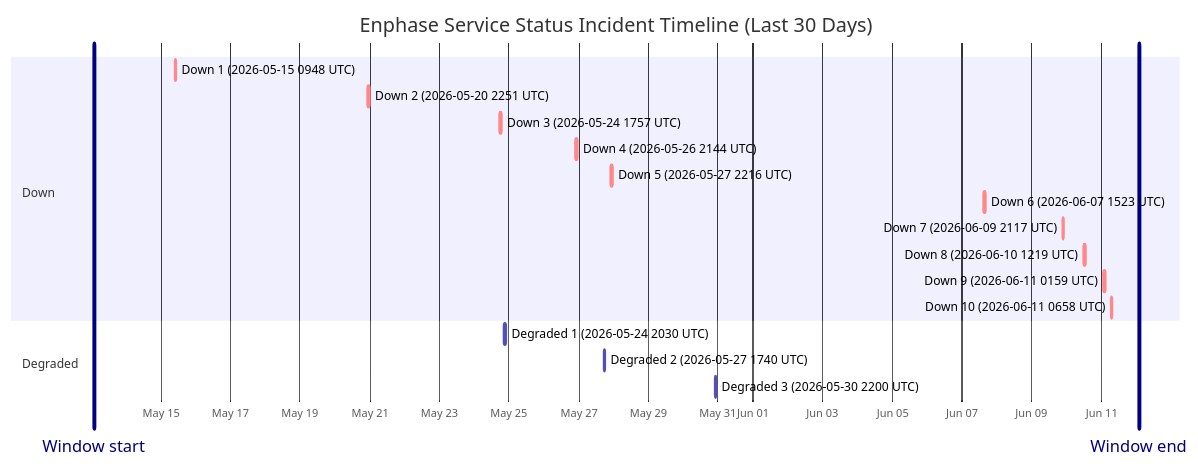
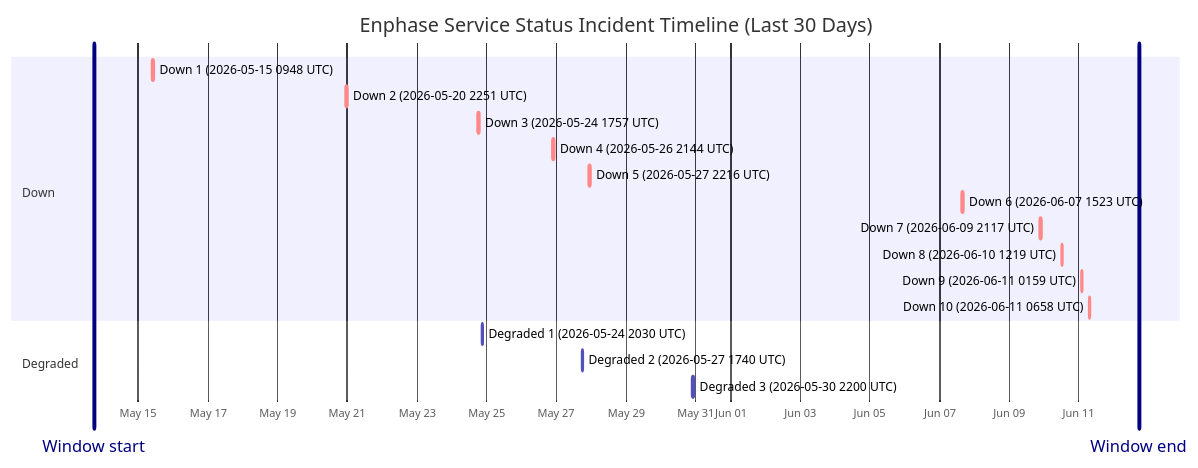
The diagram in wiki/Service-Status-History.md (barneyonline/ha-enphase-energy), drawn with Mermaid before and after one commit. The commit also changed other lines of this file and 3 other files, not shown here.

````diff
--- a/wiki/Service-Status-History.md
+++ b/wiki/Service-Status-History.md
@@ -14,23 +14,23 @@
 ```mermaid
 gantt
     title Enphase Service Status Incident Timeline (Last 30 Days)
     dateFormat  YYYY-MM-DDTHH:mm:ss
     axisFormat  %b %d
-    Window start :vert, window-start, 2026-05-13T01:55:31, 0ms
-    Window end :vert, window-end, 2026-06-12T01:55:31, 0ms
+    Window start :vert, window-start, 2026-05-13T17:21:12, 0ms
+    Window end :vert, window-end, 2026-06-12T17:21:12, 0ms
     section Down
     Down 1 (2026-05-15 0948 UTC) :crit, down-1, 2026-05-15T09:48:18, 60m
     Down 2 (2026-05-20 2251 UTC) :crit, down-2, 2026-05-20T22:51:14, 75m
     Down 3 (2026-05-24 1757 UTC) :crit, down-3, 2026-05-24T17:57:41, 86m
     Down 4 (2026-05-26 2144 UTC) :crit, down-4, 2026-05-26T21:44:11, 85m
     Down 5 (2026-05-27 2216 UTC) :crit, down-5, 2026-05-27T22:16:53, 87m
     Down 6 (2026-06-07 1523 UTC) :crit, down-6, 2026-06-07T15:23:22, 87m
     Down 7 (2026-06-09 2117 UTC) :crit, down-7, 2026-06-09T21:17:17, 60m
     Down 8 (2026-06-10 1219 UTC) :crit, down-8, 2026-06-10T12:19:21, 60m
     Down 9 (2026-06-11 0159 UTC) :crit, down-9, 2026-06-11T01:59:36, 60m
     Down 10 (2026-06-11 0658 UTC) :crit, down-10, 2026-06-11T06:58:45, 60m
     section Degraded
     Degraded 1 (2026-05-24 2030 UTC) :active, degraded-1, 2026-05-24T20:30:57, 84m
     Degraded 2 (2026-05-27 1740 UTC) :active, degraded-2, 2026-05-27T17:40:52, 60m
     Degraded 3 (2026-05-30 2200 UTC) :active, degraded-3, 2026-05-30T22:00:37, 60m
 ```
````
